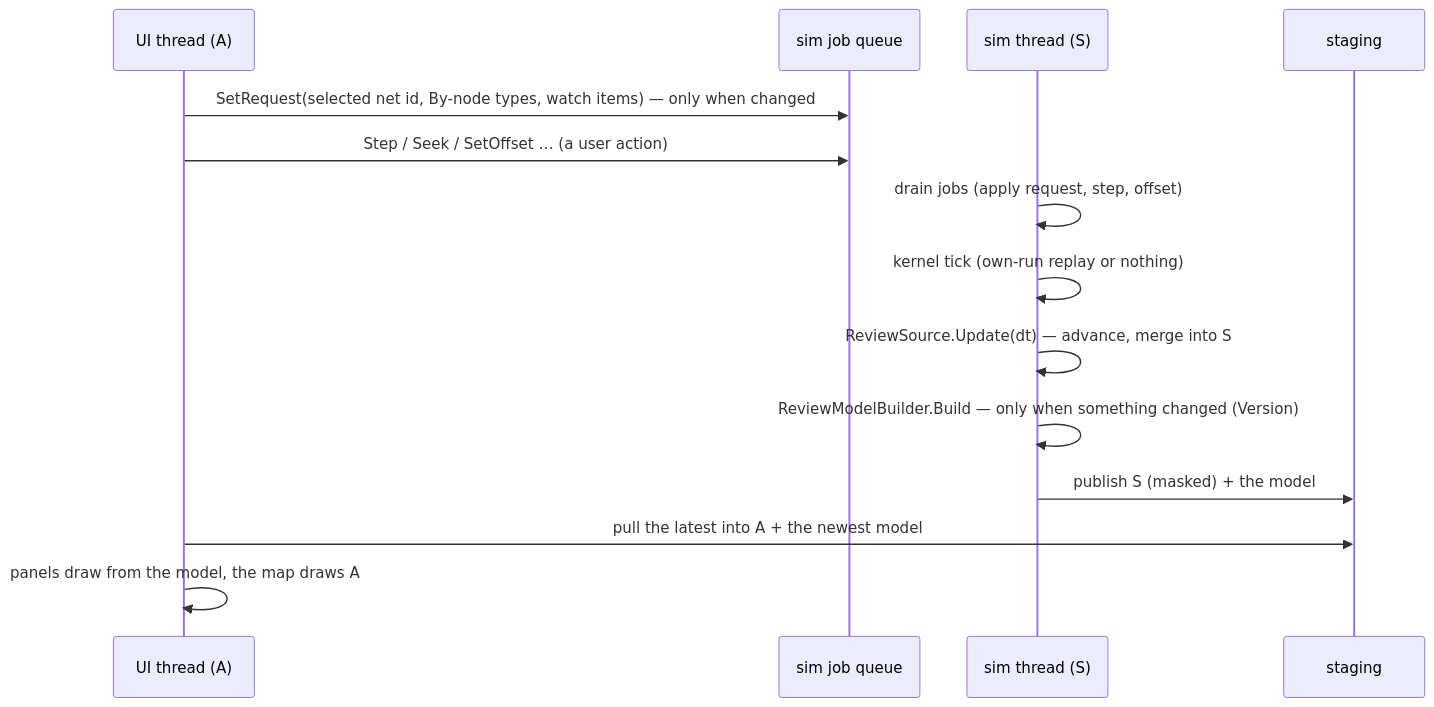
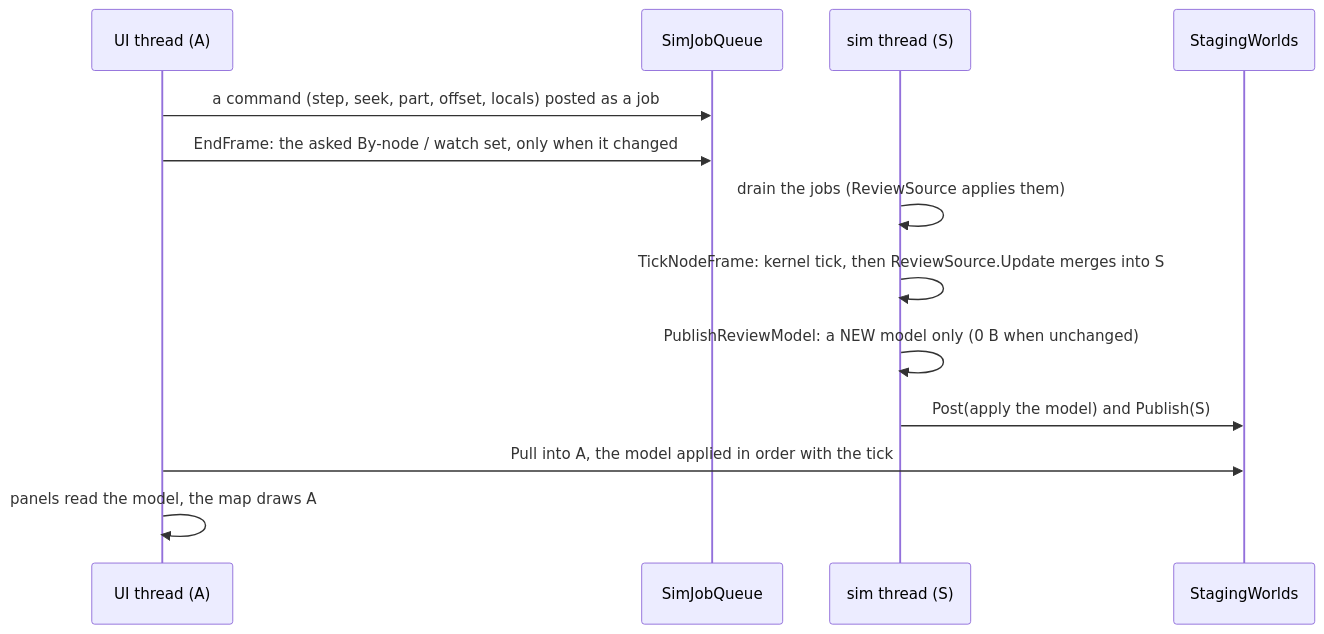
One commit to pjanec/HROT changed the second of 3 diagrams in docs/DESIGN_Threaded_Review_Source.md. Above: the diagram before and after it, drawn with Mermaid. The commit also changed other lines of this file and 4 other files, not shown here.

First line of the commit message:
CE-4500 R-6: fold the threaded review source's as-built into its design and the neighbours

````diff
--- a/docs/DESIGN_Threaded_Review_Source.md
+++ b/docs/DESIGN_Threaded_Review_Source.md
@@ -137,16 +141,15 @@
 ```mermaid
 sequenceDiagram
   participant UI as UI thread (A)
-  participant Q as sim job queue
+  participant Q as SimJobQueue
   participant Sim as sim thread (S)
-  participant St as staging
-  UI->>Q: SetRequest(selected net id, By-node types, watch items) — only when changed
-  UI->>Q: Step / Seek / SetOffset … (a user action)
-  Sim->>Sim: drain jobs (apply request, step, offset)
-  Sim->>Sim: kernel tick (own-run replay or nothing)
-  Sim->>Sim: ReviewSource.Update(dt) — advance, merge into S
-  Sim->>Sim: ReviewModelBuilder.Build — only when something changed (Version)
-  Sim->>St: publish S (masked) + the model
-  UI->>St: pull the latest into A + the newest model
-  UI->>UI: panels draw from the model, the map draws A
+  participant St as StagingWorlds
+  UI->>Q: a command (step, seek, part, offset, locals) posted as a job
+  UI->>Q: EndFrame: the asked By-node / watch set, only when it changed
+  Sim->>Sim: drain the jobs (ReviewSource applies them)
+  Sim->>Sim: TickNodeFrame: kernel tick, then ReviewSource.Update merges into S
+  Sim->>Sim: PublishReviewModel: a NEW model only (0 B when unchanged)
+  Sim->>St: Post(apply the model) and Publish(S)
+  UI->>St: Pull into A, the model applied in order with the tick
+  UI->>UI: panels read the model, the map draws A
 ```
````
